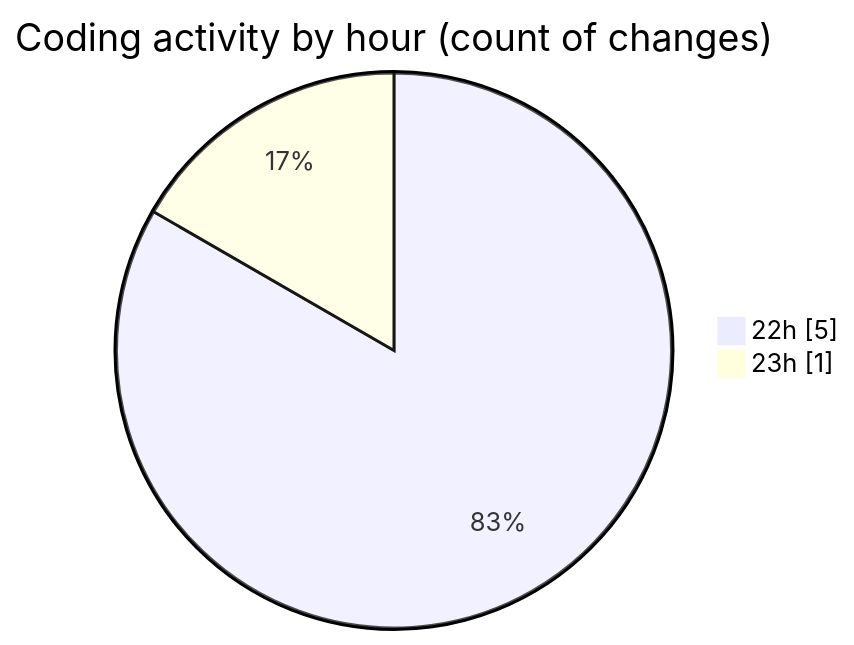
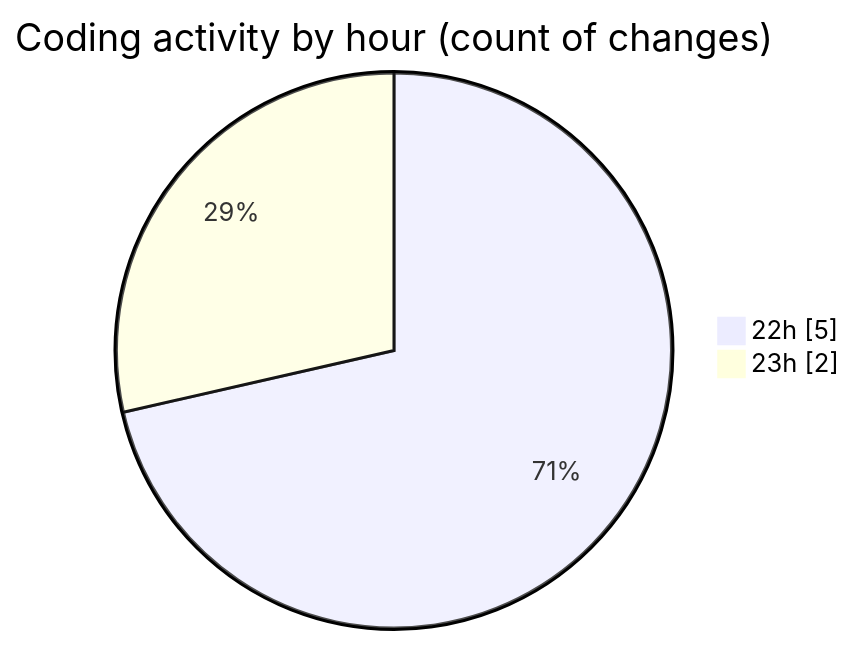
The second of 2 diagrams in 2025-03-10/portofolio/README.md (donsfak/code-tracking), drawn with Mermaid before and after one commit. The commit also changed other lines of this file and 1 other file, not shown here.

````diff
--- a/2025-03-10/portofolio/README.md
+++ b/2025-03-10/portofolio/README.md
@@ -28,6 +28,6 @@
 ```mermaid
 pie showData
 title Coding activity by hour (count of changes)
 "22h" : 5
-"23h" : 1
+"23h" : 2
 ```
````
